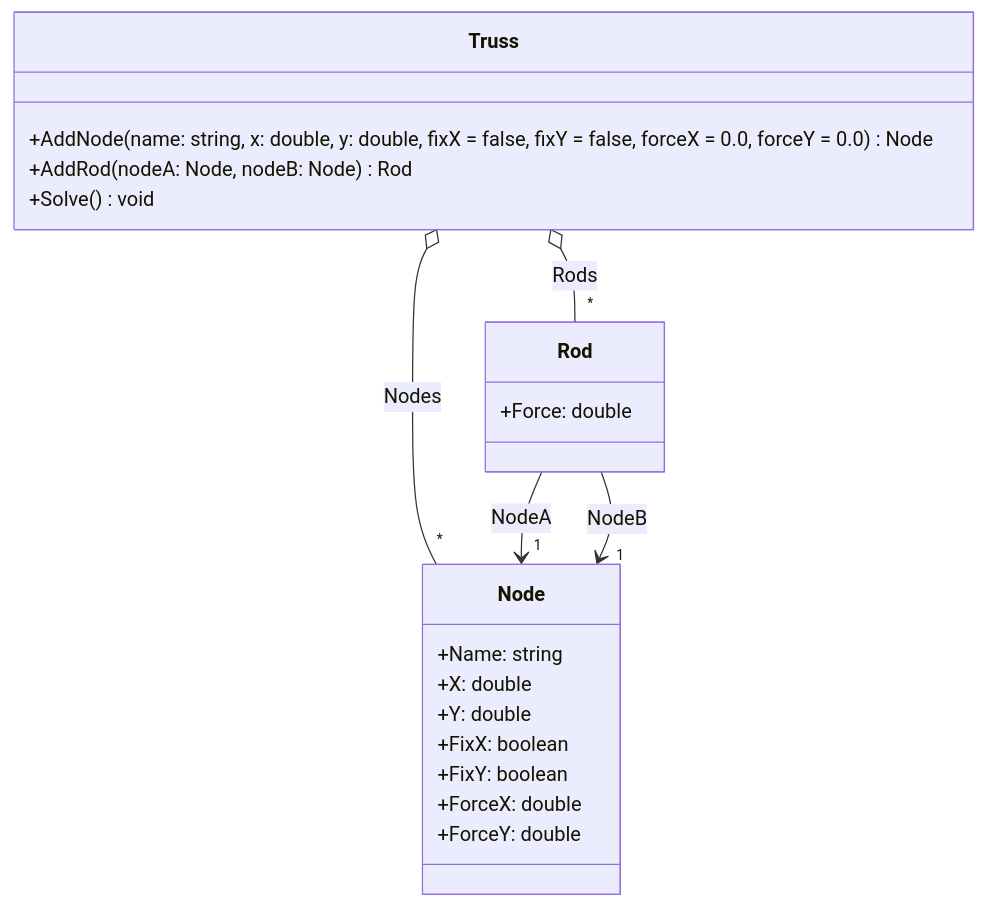
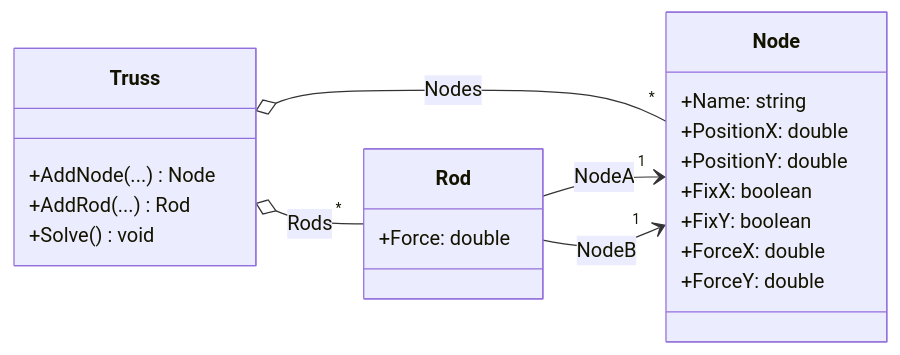
The diagram in Quellen/WS24/StatischFachwerkIdeal2D/Model.mmd (ghackenberg/kurs-computer-simulation), drawn with Mermaid before and after one commit. The commit also changed 13 other files, not shown here.

```diff
--- a/Quellen/WS24/StatischFachwerkIdeal2D/Model.mmd
+++ b/Quellen/WS24/StatischFachwerkIdeal2D/Model.mmd
@@ -1,25 +1,29 @@
 classDiagram
 
+    direction LR
+
     class Truss {
-        +AddNode(name: string, x: double, y: double, fixX = false, fixY = false, forceX = 0.0, forceY = 0.0) Node
-        +AddRod(nodeA: Node, nodeB: Node) Rod
+        +AddNode(...) Node
+        +AddRod(...) Rod
         +Solve() void
     }
+
     class Node {
         +Name: string
-        +X: double
-        +Y: double
+        +PositionX: double
+        +PositionY: double
         +FixX: boolean
         +FixY: boolean
         +ForceX: double
         +ForceY: double
     }
+    
     class Rod {
         +Force: double
     }
 
     Truss o--"*" Node: Nodes
     Truss o--"*" Rod: Rods
 
     Rod -->"1" Node: NodeA
     Rod -->"1" Node: NodeB
```
